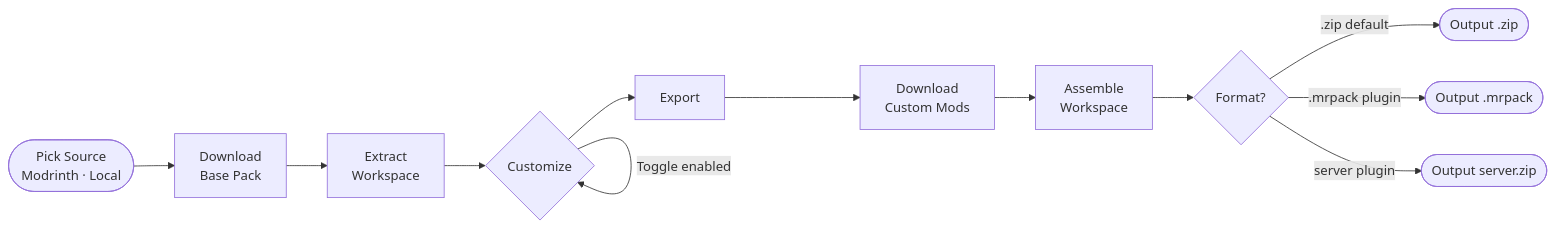
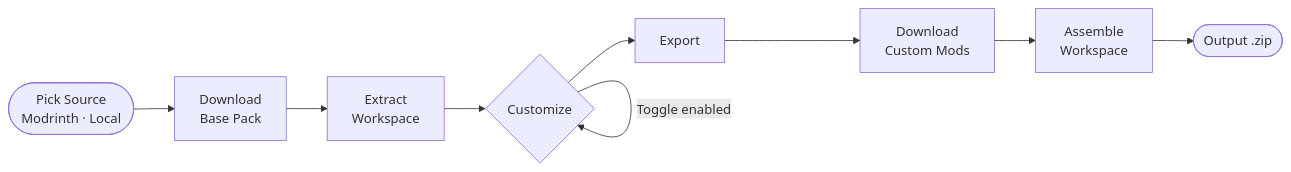
One commit to vasubawa/packweaver changed the diagram in README.md. Above: the diagram before and after it, drawn with Mermaid. The commit also changed other lines of this file and 20 other files, not shown here.

````diff
--- a/README.md
+++ b/README.md
@@ -19,16 +23,12 @@
 ```mermaid
 flowchart LR
     A([Pick Source\nModrinth · Local]) --> B[Download\nBase Pack]
     B --> C[Extract\nWorkspace]
     C --> D{Customize}
     D -->|Add mod| D
-    D -->|Add server file| D
     D -->|Toggle enabled| D
     D --> E[Export]
     E --> F[Download\nCustom Mods]
     F --> G[Assemble\nWorkspace]
-    G --> H{Format?}
-    H -->|.zip default| I([Output .zip])
-    H -->|.mrpack plugin| J([Output .mrpack])
-    H -->|server plugin| K([Output server.zip])
+    G --> H([Output .zip])
 ```
````
